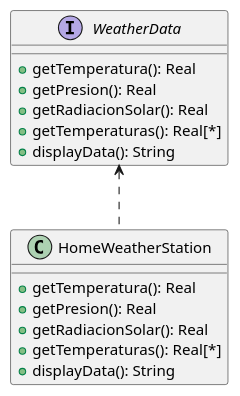
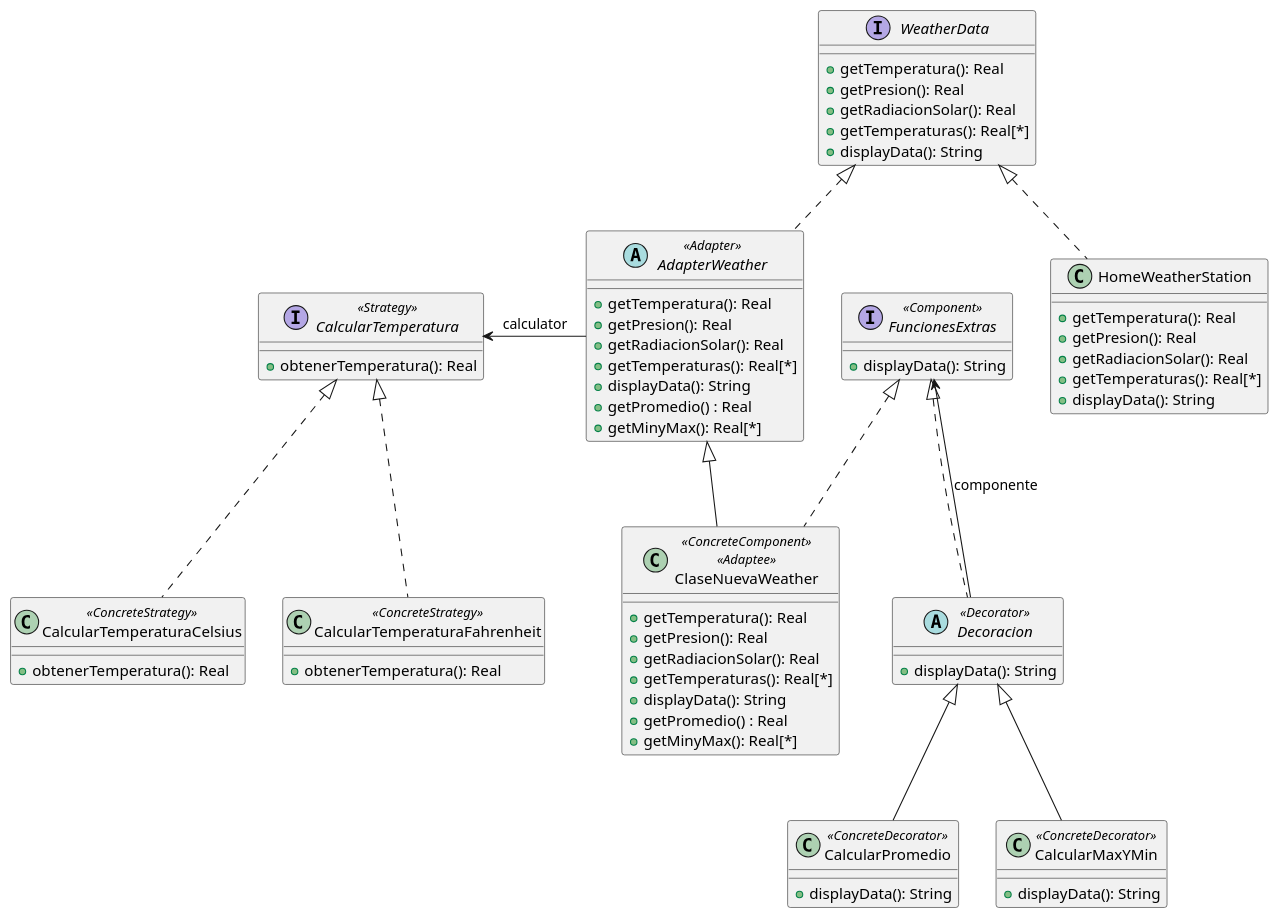
Before and after one commit to BautistaMarquez/Tercero-PrimerCuatrimestre: the diagram in Objetos 2/UMLs/Ejercicio19Patrones.puml, drawn with PlantUML. The commit also changed 3 other files, not shown here.

```diff
--- a/Objetos 2/UMLs/Ejercicio19Patrones.puml
+++ b/Objetos 2/UMLs/Ejercicio19Patrones.puml
@@ -1,25 +1,87 @@
 @startuml Ejercicio19 
 'Realmente lo estoy pensando pero es que nose
 'Vuelvo aca para decir que sigo sin entenderlo. Osea o es un Adapter que ademas implementa mensajes nuevos, lo cual nose si esta bien. O sino realmente nose, proxy no tiene sentido y decorator entiendo que tampoco pq si fuera que solo es displayData se le podria concatenar lo que este retorne en el display data pero no tiene sentido. Comoposite no tiene sentido tampoco, Strategy? Entiendo que tampoco pq encima dijimos que el HomeWeatherStation no se puede modificar. 
-WeatherData <.. HomeWeatherStation
+
+WeatherData <|.. AdapterWeather
+WeatherData <|.. HomeWeatherStation
+
+AdapterWeather <|-- ClaseNuevaWeather
+
+CalcularTemperatura <- AdapterWeather : calculator
+CalcularTemperatura <|.. CalcularTemperaturaCelsius
+CalcularTemperatura <|.. CalcularTemperaturaFahrenheit
+
+
+FuncionesExtras <|.. Decoracion
+FuncionesExtras <-- Decoracion : componente
+FuncionesExtras <|.. ClaseNuevaWeather
+Decoracion <|-- CalcularPromedio
+Decoracion <|-- CalcularMaxYMin
+
 
 interface WeatherData{
     +getTemperatura(): Real 
     +getPresion(): Real 
     +getRadiacionSolar(): Real 
     +getTemperaturas(): Real[*]
     +displayData(): String    
+}
+
+abstract class AdapterWeather <<Adapter>>{
+    +getTemperatura(): Real 
+    +getPresion(): Real 
+    +getRadiacionSolar(): Real 
+    +getTemperaturas(): Real[*]
+    +displayData(): String   
+    +getPromedio() : Real 
+    +getMinyMax(): Real[*]
+}
+
+class ClaseNuevaWeather <<ConcreteComponent>> <<Adaptee>>{
+    +getTemperatura(): Real 
+    +getPresion(): Real 
+    +getRadiacionSolar(): Real 
+    +getTemperaturas(): Real[*]
+    +displayData(): String 
+    +getPromedio() : Real 
+    +getMinyMax(): Real[*]
 }
 
 class  HomeWeatherStation{
     +getTemperatura(): Real 
     +getPresion(): Real 
     +getRadiacionSolar(): Real 
     +getTemperaturas(): Real[*]
     +displayData(): String 
 }
 
+interface CalcularTemperatura <<Strategy>>{
+    +obtenerTemperatura(): Real 
+}
 
+class CalcularTemperaturaCelsius <<ConcreteStrategy>>{
+    +obtenerTemperatura(): Real 
+}
+
+class CalcularTemperaturaFahrenheit <<ConcreteStrategy>>{
+    +obtenerTemperatura(): Real 
+}
+
+interface FuncionesExtras <<Component>>{
+    +displayData(): String 
+}
+'O estos solamente tienen el displayData, el tema es que sino me pasa como con el 18 que nose como hago para utilizar los getters de la otra clase. En este caso seria el metodo pero bueno es lo mismo.
+abstract class Decoracion <<Decorator>>{
+    +displayData(): String 
+}
+'Esto se puede hacer? y el metodo que no usan queda vacio.
+class CalcularPromedio <<ConcreteDecorator>>{
+    +displayData(): String 
+}
+
+class CalcularMaxYMin <<ConcreteDecorator>>{
+    +displayData(): String 
+}
 
 
 @enduml
```
